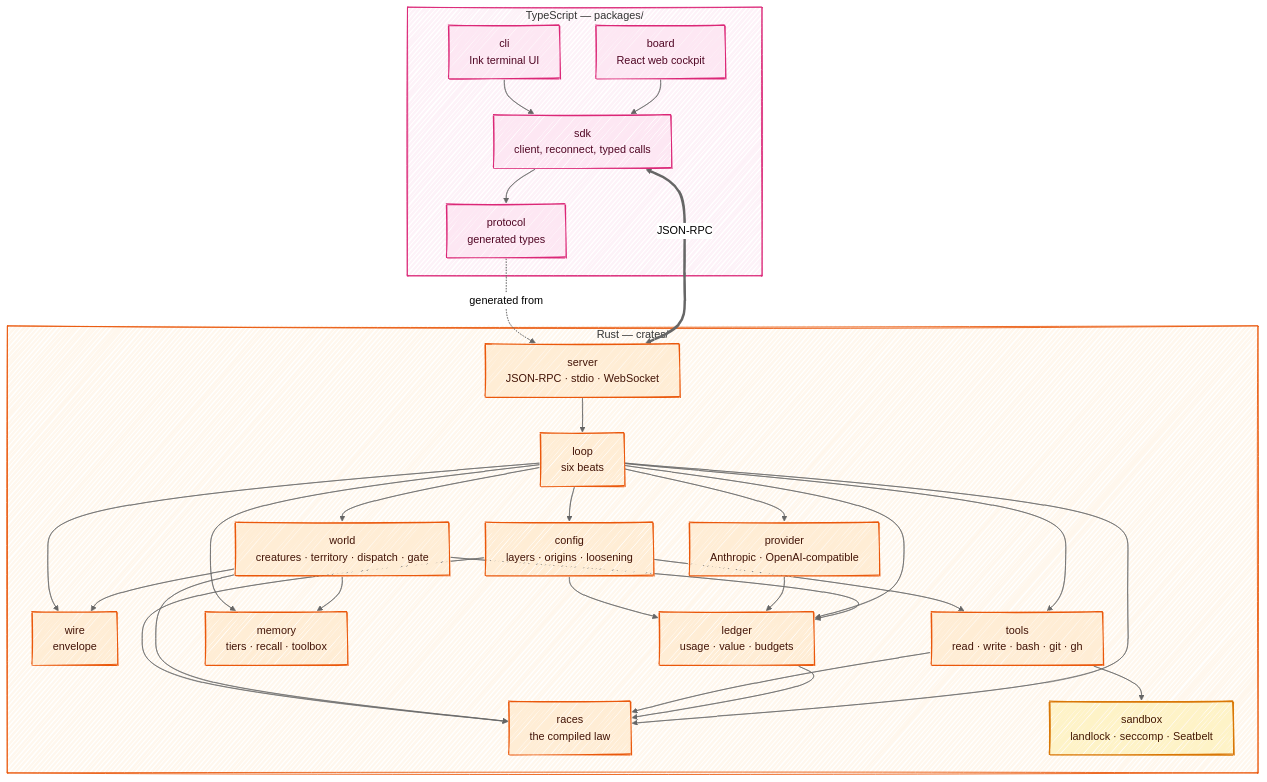
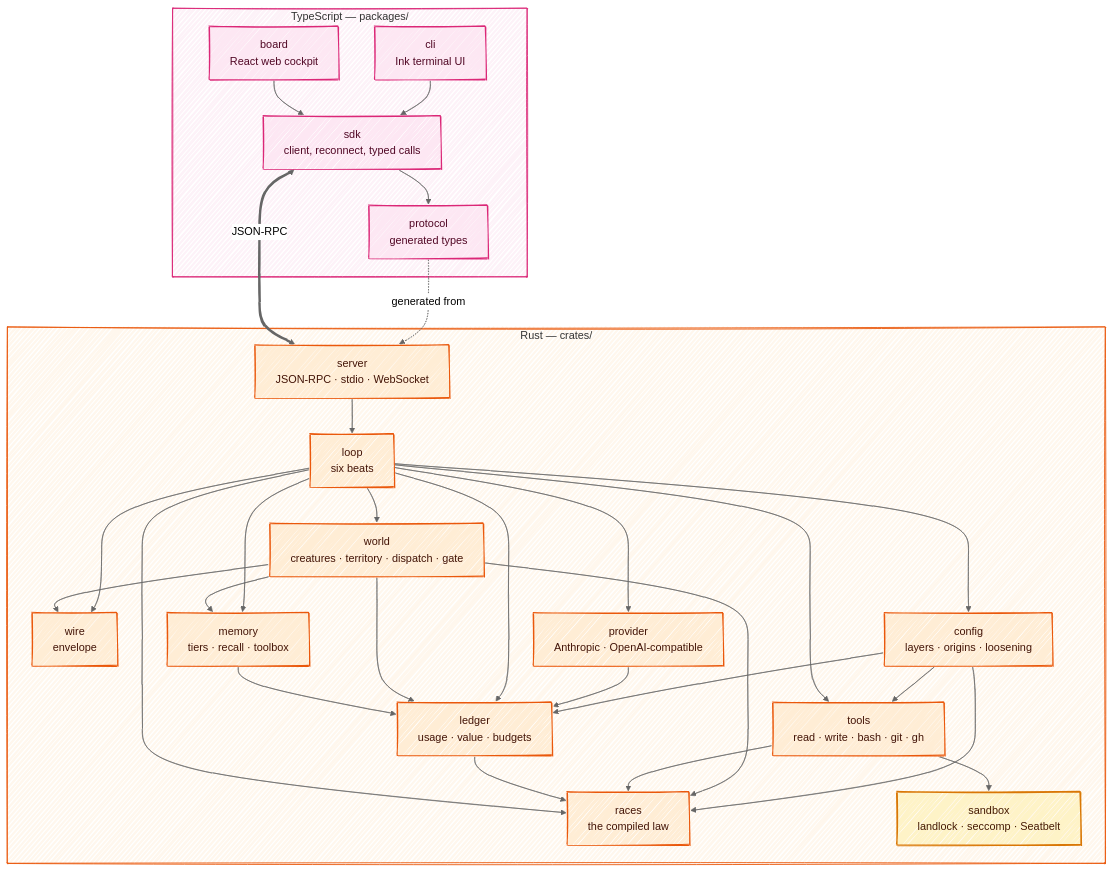
One commit to Kaginari/mnemorph changed the first of 3 diagrams in docs/05-architecture.md. Above: the diagram before and after it, drawn with Mermaid. The commit also changed 12 other files, not shown here.

````diff
--- a/docs/05-architecture.md
+++ b/docs/05-architecture.md
@@ -5,57 +5,58 @@
 ```mermaid
 ---
 config:
   look: handDrawn
   theme: neutral
   flowchart:
     wrappingWidth: 360
 ---
 flowchart TB
     subgraph ts["TypeScript — packages/"]
       CLI["cli<br/>Ink terminal UI"]
       BOARD["board<br/>React web cockpit"]
       SDK["sdk<br/>client, reconnect, typed calls"]
       PROTO["protocol<br/>generated types"]
       CLI --> SDK
       BOARD --> SDK
       SDK --> PROTO
     end
     subgraph rs["Rust — crates/"]
       SERVER["server<br/>JSON-RPC · stdio · WebSocket"]
       LOOP["loop<br/>six beats"]
       WORLD["world<br/>creatures · territory · dispatch · gate"]
       RACES["races<br/>the compiled law"]
       WIRE["wire<br/>envelope"]
       TOOLS["tools<br/>read · write · bash · git · gh"]
       SANDBOX["sandbox<br/>landlock · seccomp · Seatbelt"]
       PROV["provider<br/>Anthropic · OpenAI-compatible"]
       LEDGER["ledger<br/>usage · value · budgets"]
       MEM["memory<br/>tiers · recall · toolbox"]
       CONFIG["config<br/>layers · origins · loosening"]
       SERVER --> LOOP
       LOOP --> CONFIG --> TOOLS
       CONFIG --> RACES
       CONFIG --> LEDGER
       LOOP --> WORLD --> RACES
       LOOP --> PROV --> LEDGER
       LOOP --> TOOLS --> SANDBOX
       TOOLS --> RACES
       LOOP --> LEDGER --> RACES
       LOOP --> MEM
       LOOP --> RACES
       LOOP --> WIRE
       WORLD --> WIRE
       WORLD --> LEDGER
       WORLD --> MEM
+      MEM --> LEDGER
     end
     PROTO -. generated from .-> SERVER
     SDK <==>|JSON-RPC| SERVER
     classDef ts fill:#fde7f3,stroke:#db2777,stroke-width:1.5px,color:#500724
     class CLI,BOARD,SDK,PROTO ts
     classDef rs fill:#ffedd5,stroke:#ea580c,stroke-width:1.5px,color:#431407
     class SERVER,LOOP,WORLD,RACES,WIRE,TOOLS,PROV,LEDGER,MEM,CONFIG rs
     classDef gate fill:#fef3c7,stroke:#d97706,stroke-width:2px,color:#451a03
     class SANDBOX gate
     style ts fill:#fdf2f8,stroke:#db2777
     style rs fill:#fff7ed,stroke:#ea580c
 ```
````
